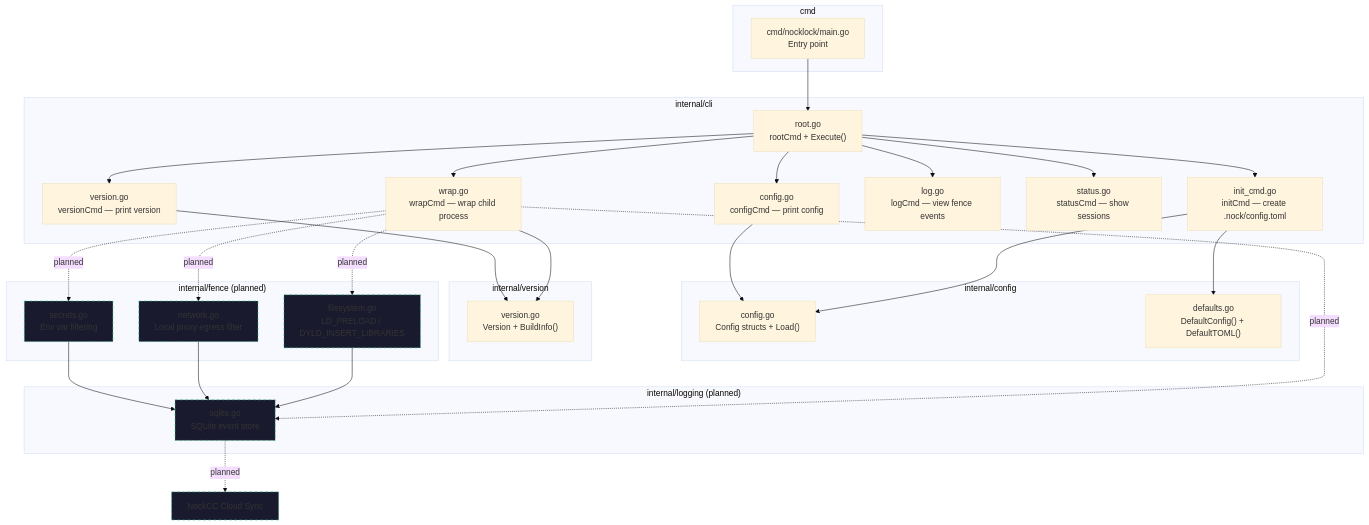
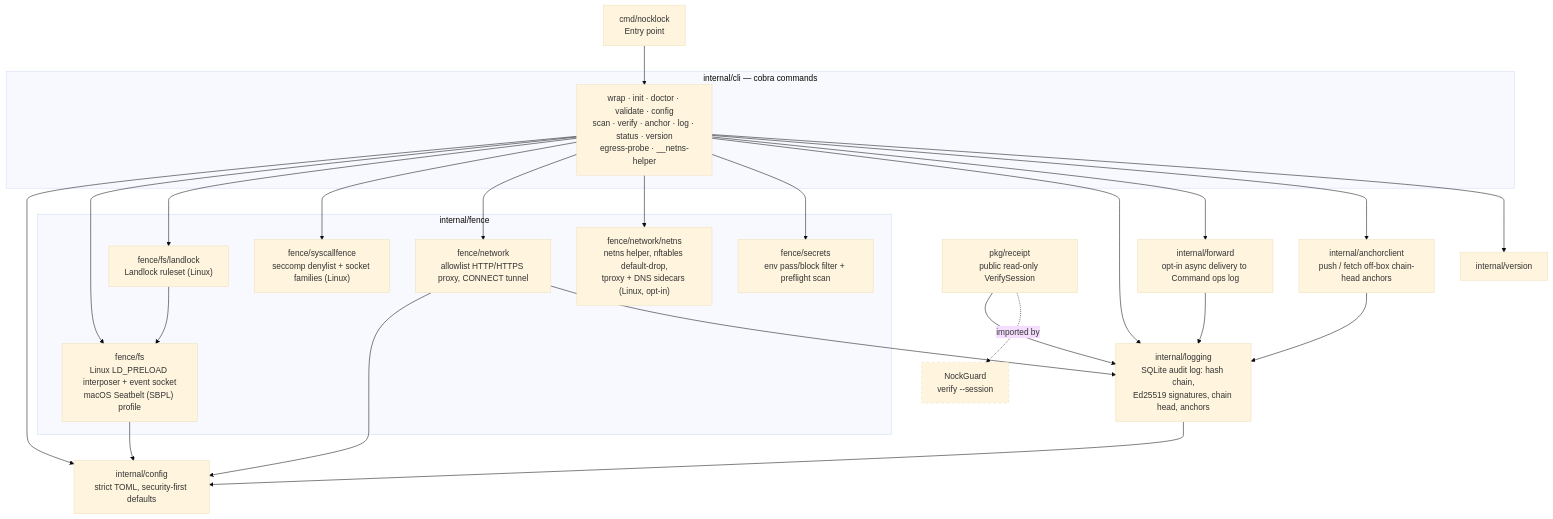
Before and after one commit to nocktechnologies/nocklock: the diagram in .claude/diagrams/architecture.mermaid, drawn with Mermaid (base theme). The commit also changed 5 other files, not shown here.

First line of the commit message:
docs: replace stale Mermaid diagrams with the shipped v0.6.1 design

```diff
--- a/.claude/diagrams/architecture.mermaid
+++ b/.claude/diagrams/architecture.mermaid
@@ -1,64 +1,52 @@
 %% NockLock — Package Architecture
-%% Shows package structure and dependency relationships
+%% Package dependencies as of v0.6.1 (from `go list` imports).
+%% cli is the only package that wires fences together; fence packages never import each other.
 
 graph TD
-    subgraph "cmd"
-        main["cmd/nocklock/main.go<br/>Entry point"]
+    main["cmd/nocklock<br/>Entry point"] --> cli
+
+    subgraph "internal/cli — cobra commands"
+        cli["wrap · init · doctor · validate · config<br/>scan · verify · anchor · log · status · version<br/>egress-probe · __netns-helper"]
     end
 
-    subgraph "internal/cli"
-        root["root.go<br/>rootCmd + Execute()"]
-        wrap["wrap.go<br/>wrapCmd — wrap child process"]
-        init_cmd["init_cmd.go<br/>initCmd — create .nock/config.toml"]
-        config_cmd["config.go<br/>configCmd — print config"]
-        log_cmd["log.go<br/>logCmd — view fence events"]
-        status_cmd["status.go<br/>statusCmd — show sessions"]
-        version_cmd["version.go<br/>versionCmd — print version"]
+    subgraph "internal/fence"
+        fs["fence/fs<br/>Linux LD_PRELOAD interposer + event socket<br/>macOS Seatbelt (SBPL) profile"]
+        landlock["fence/fs/landlock<br/>Landlock ruleset (Linux)"]
+        sys["fence/syscallfence<br/>seccomp denylist + socket families (Linux)"]
+        net["fence/network<br/>allowlist HTTP/HTTPS proxy, CONNECT tunnel"]
+        netns["fence/network/netns<br/>netns helper, nftables default-drop,<br/>tproxy + DNS sidecars (Linux, opt-in)"]
+        sec["fence/secrets<br/>env pass/block filter + preflight scan"]
     end
 
-    subgraph "internal/config"
-        config["config.go<br/>Config structs + Load()"]
-        defaults["defaults.go<br/>DefaultConfig() + DefaultTOML()"]
-    end
+    config["internal/config<br/>strict TOML, security-first defaults"]
+    logging["internal/logging<br/>SQLite audit log: hash chain,<br/>Ed25519 signatures, chain head, anchors"]
+    forward["internal/forward<br/>opt-in async delivery to Command ops log"]
+    anchorclient["internal/anchorclient<br/>push / fetch off-box chain-head anchors"]
+    version["internal/version"]
+    receipt["pkg/receipt<br/>public read-only VerifySession"]
 
-    subgraph "internal/version"
-        version["version.go<br/>Version + BuildInfo()"]
-    end
+    cli --> config
+    cli --> fs
+    cli --> landlock
+    cli --> sys
+    cli --> net
+    cli --> netns
+    cli --> sec
+    cli --> logging
+    cli --> forward
+    cli --> anchorclient
+    cli --> version
 
-    subgraph "internal/fence (planned)"
-        fs_fence["filesystem.go<br/>LD_PRELOAD / DYLD_INSERT_LIBRARIES"]
-        net_fence["network.go<br/>Local proxy egress filter"]
-        sec_fence["secrets.go<br/>Env var filtering"]
-    end
+    fs --> config
+    landlock --> fs
+    net --> config
+    net --> logging
+    logging --> config
+    forward --> logging
+    anchorclient --> logging
+    receipt --> logging
 
-    subgraph "internal/logging (planned)"
-        sqlite["sqlite.go<br/>SQLite event store"]
-    end
+    receipt -.->|"imported by"| nockguard["NockGuard<br/>verify --session"]
 
-    main --> root
-    root --> wrap
-    root --> init_cmd
-    root --> config_cmd
-    root --> log_cmd
-    root --> status_cmd
-    root --> version_cmd
-
-    wrap --> version
-    version_cmd --> version
-    init_cmd --> config
-    init_cmd --> defaults
-    config_cmd --> config
-
-    wrap -.->|"planned"| fs_fence
-    wrap -.->|"planned"| net_fence
-    wrap -.->|"planned"| sec_fence
-    wrap -.->|"planned"| sqlite
-
-    fs_fence --> sqlite
-    net_fence --> sqlite
-    sec_fence --> sqlite
-
-    sqlite -.->|"planned"| cloud["NockCC Cloud Sync"]
-
-    classDef planned fill:#1a1a2e,stroke:#10B981,stroke-dasharray: 5 5
-    class fs_fence,net_fence,sec_fence,sqlite,cloud planned
+    classDef external stroke-dasharray: 5 5
+    class nockguard external
```
